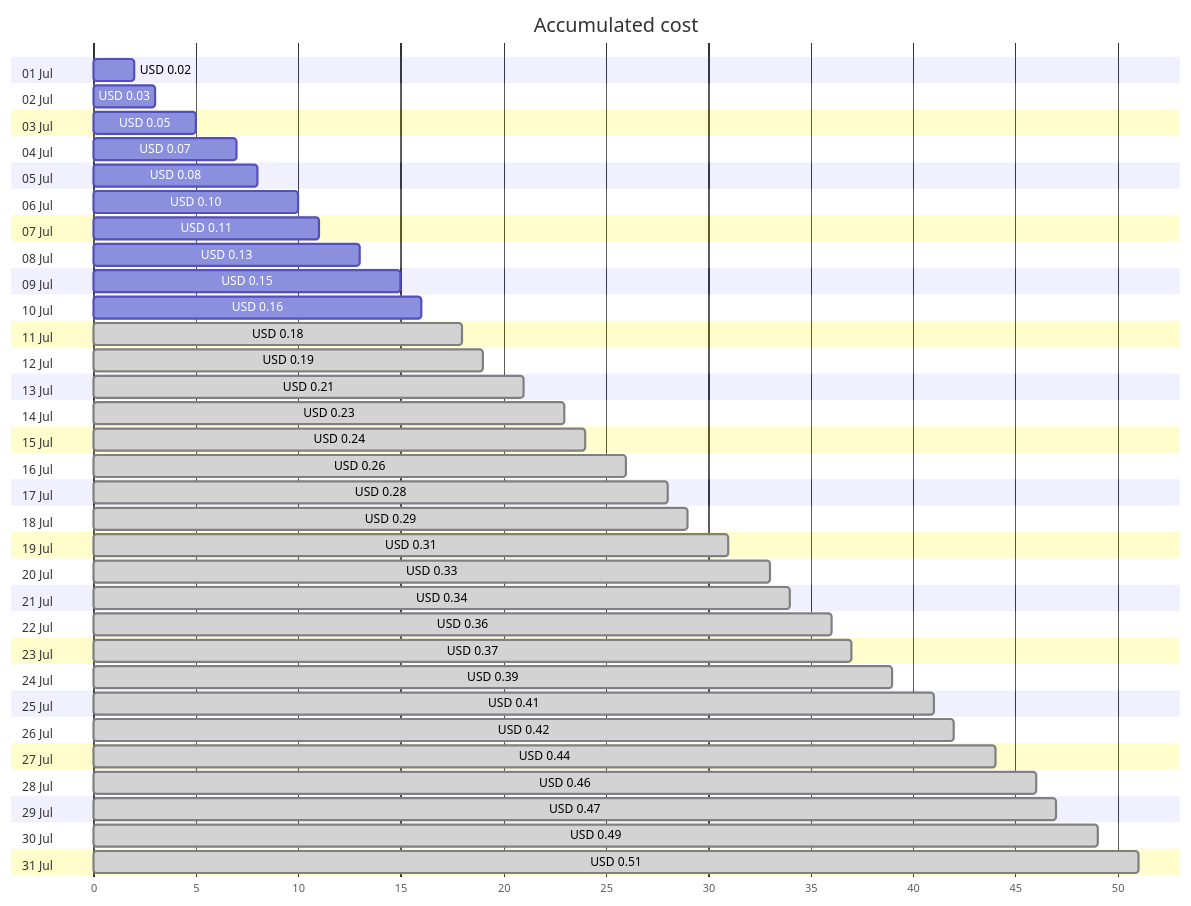
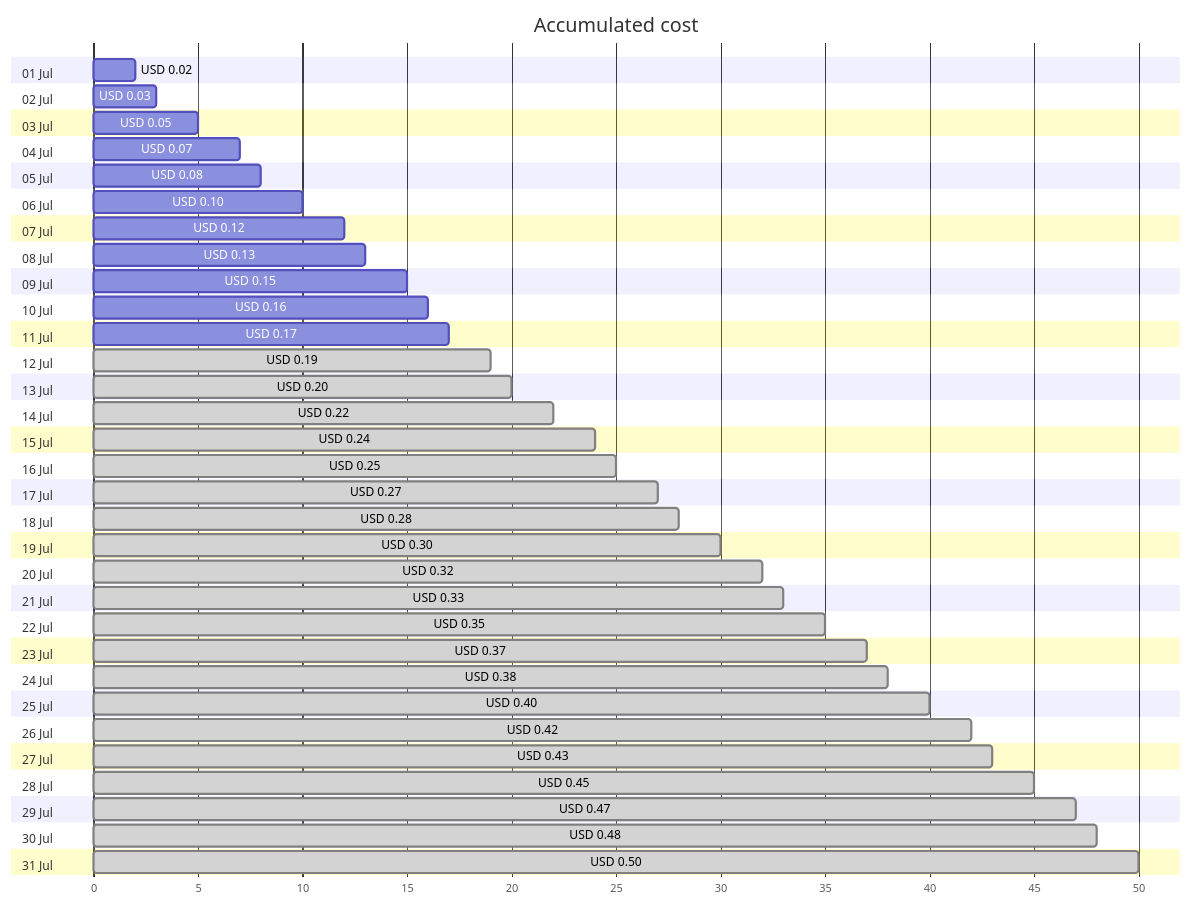
Before and after one commit to jpfulton/azure-personal-reports: the first of 4 diagrams in cost-reports/personal-dns/jpatrickfulton.com.md, drawn with Mermaid. The commit also changed other lines of this file and 2 other files, not shown here.

Commit message:
Generated reports [skip ci]

````diff
--- a/cost-reports/personal-dns/jpatrickfulton.com.md
+++ b/cost-reports/personal-dns/jpatrickfulton.com.md
@@ -20,68 +20,68 @@
 ```mermaid
 gantt
    title Accumulated cost
    dateFormat  X
    axisFormat %s
    section 01 Jul
    USD 0.02 :0, 2
    section 02 Jul
    USD 0.03 :0, 3
    section 03 Jul
    USD 0.05 :0, 5
    section 04 Jul
    USD 0.07 :0, 7
    section 05 Jul
    USD 0.08 :0, 8
    section 06 Jul
    USD 0.10 :0, 10
    section 07 Jul
-   USD 0.11 :0, 11
+   USD 0.12 :0, 12
    section 08 Jul
    USD 0.13 :0, 13
    section 09 Jul
    USD 0.15 :0, 15
    section 10 Jul
    USD 0.16 :0, 16
    section 11 Jul
-   USD 0.18 : done, 0, 18
+   USD 0.17 :0, 17
    section 12 Jul
    USD 0.19 : done, 0, 19
    section 13 Jul
-   USD 0.21 : done, 0, 21
+   USD 0.20 : done, 0, 20
    section 14 Jul
-   USD 0.23 : done, 0, 23
+   USD 0.22 : done, 0, 22
    section 15 Jul
    USD 0.24 : done, 0, 24
    section 16 Jul
-   USD 0.26 : done, 0, 26
+   USD 0.25 : done, 0, 25
    section 17 Jul
+   USD 0.27 : done, 0, 27
+   section 18 Jul
    USD 0.28 : done, 0, 28
-   section 18 Jul
-   USD 0.29 : done, 0, 29
    section 19 Jul
-   USD 0.31 : done, 0, 31
+   USD 0.30 : done, 0, 30
    section 20 Jul
+   USD 0.32 : done, 0, 32
+   section 21 Jul
    USD 0.33 : done, 0, 33
-   section 21 Jul
-   USD 0.34 : done, 0, 34
    section 22 Jul
-   USD 0.36 : done, 0, 36
+   USD 0.35 : done, 0, 35
    section 23 Jul
    USD 0.37 : done, 0, 37
    section 24 Jul
-   USD 0.39 : done, 0, 39
+   USD 0.38 : done, 0, 38
    section 25 Jul
-   USD 0.41 : done, 0, 41
+   USD 0.40 : done, 0, 40
    section 26 Jul
    USD 0.42 : done, 0, 42
    section 27 Jul
-   USD 0.44 : done, 0, 44
+   USD 0.43 : done, 0, 43
    section 28 Jul
-   USD 0.46 : done, 0, 46
+   USD 0.45 : done, 0, 45
    section 29 Jul
    USD 0.47 : done, 0, 47
    section 30 Jul
-   USD 0.49 : done, 0, 49
+   USD 0.48 : done, 0, 48
    section 31 Jul
-   USD 0.51 : done, 0, 51
+   USD 0.50 : done, 0, 50
 ```
````
